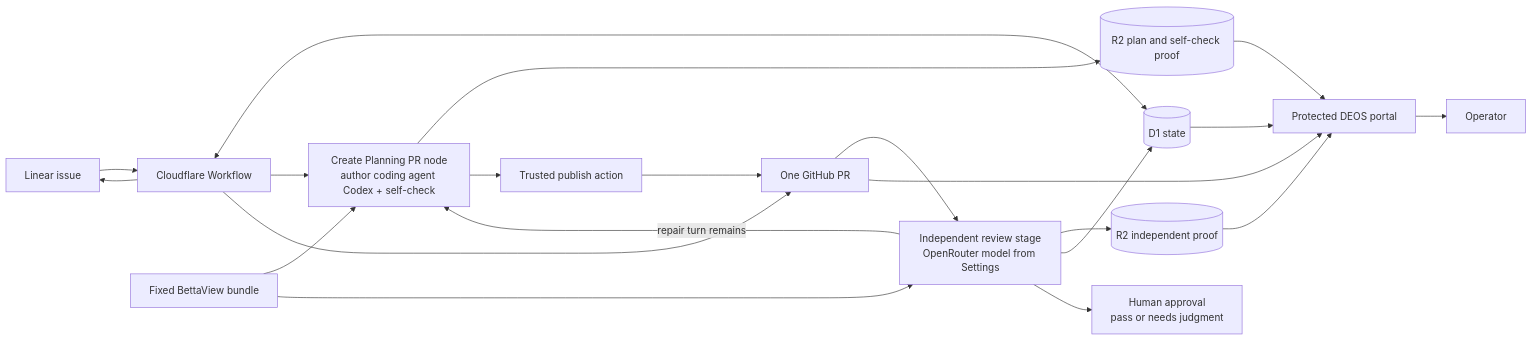
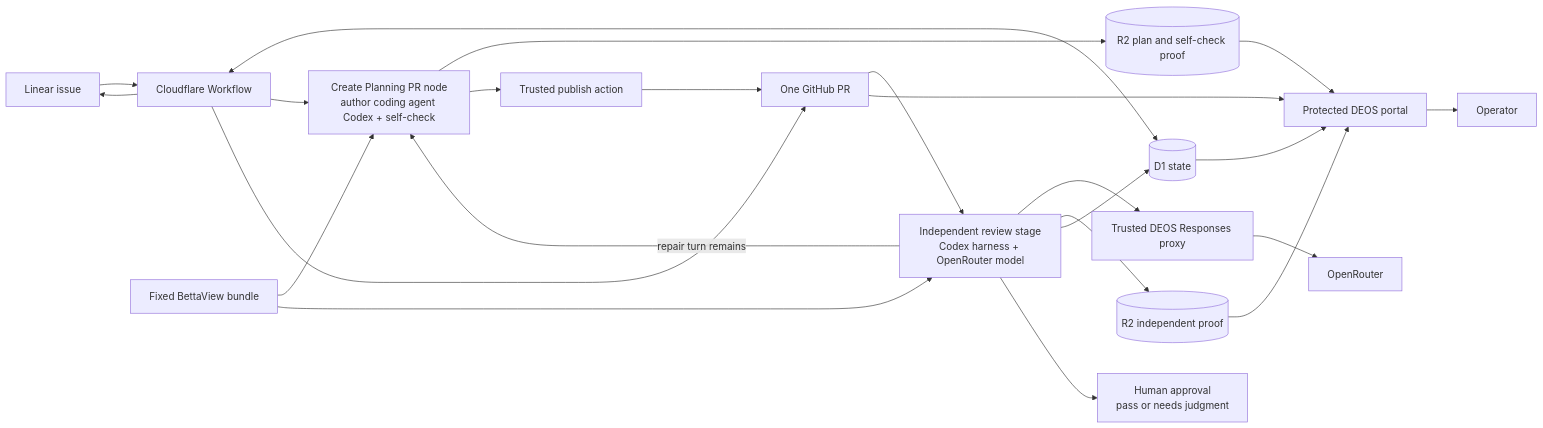
One commit to sachinkundu/deos changed the first of 2 diagrams in openspec/changes/add-openspec-traceability-review/design.md. Above: the diagram before and after it, drawn with Mermaid. The commit also changed other lines of this file and 36 other files, not shown here.

Commit message:
fix: run OpenRouter reviews through Codex

````diff
--- a/openspec/changes/add-openspec-traceability-review/design.md
+++ b/openspec/changes/add-openspec-traceability-review/design.md
@@ -40,27 +40,29 @@
 ```mermaid
 flowchart LR
     L[Linear issue] --> W[Cloudflare Workflow]
     W <--> D[(D1 state)]
 
     W --> C[Create Planning PR node<br/>author coding agent Codex + self-check]
     B[Fixed BettaView bundle] --> C
     C --> R[(R2 plan and self-check proof)]
     C --> P[Trusted publish action]
     P --> G[One GitHub PR]
 
-    G --> I[Independent review stage<br/>OpenRouter model from Settings]
+    G --> I[Independent review stage<br/>Codex harness + OpenRouter model]
+    I --> X[Trusted DEOS Responses proxy]
+    X --> OR[OpenRouter]
     B --> I
     I --> E[(R2 independent proof)]
     I --> D
     I -->|repair turn remains| C
     I --> H[Human approval<br/>pass or needs judgment]
 
     D --> O[Protected DEOS portal]
     R --> O
     E --> O
     G --> O
     O --> U[Operator]
 
     W --> G
     W --> L
 ```
````
